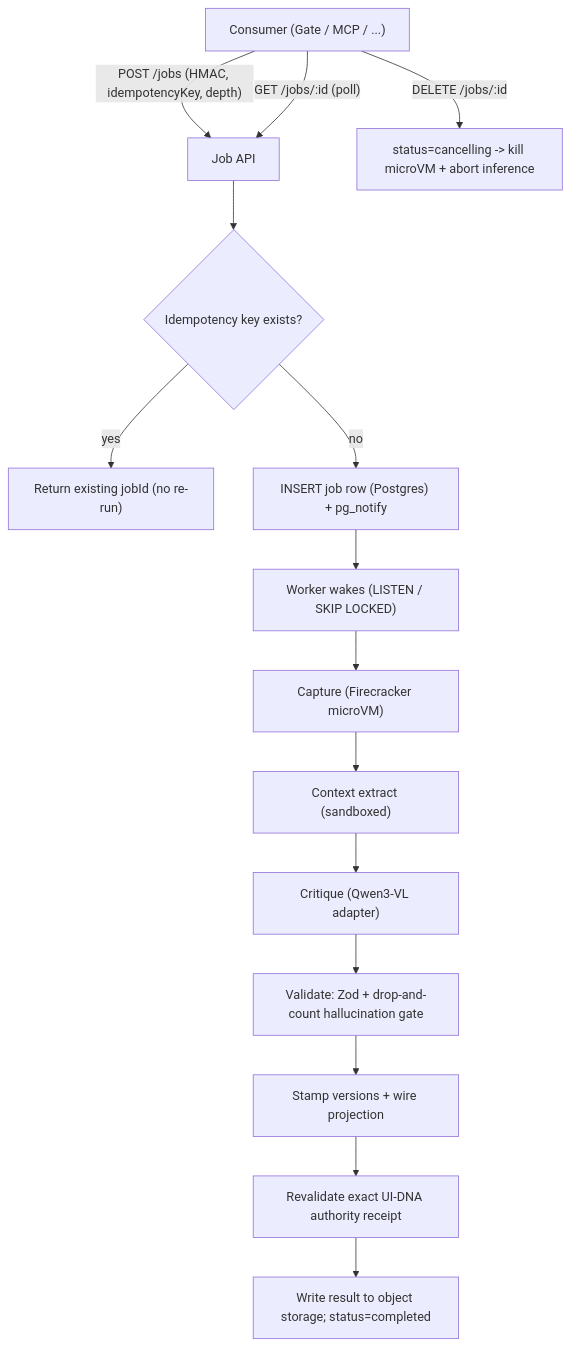
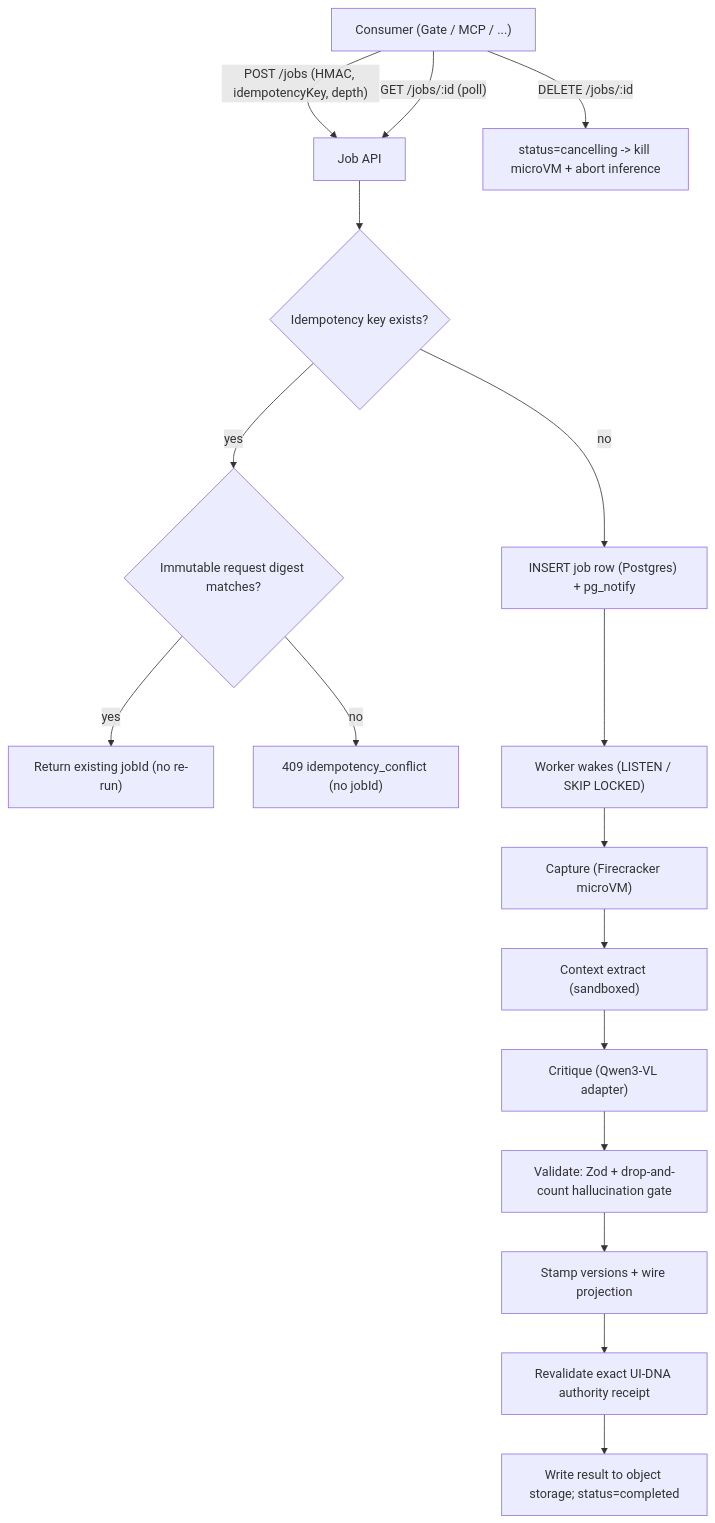
Before and after one commit to apatureai/judgment-engine: the first of 4 diagrams in ARCHITECTURE.md, drawn with Mermaid. The commit also changed other lines of this file and 12 other files, not shown here.

````diff
--- a/ARCHITECTURE.md
+++ b/ARCHITECTURE.md
@@ -19,17 +19,19 @@
 ```mermaid
 flowchart TD
   A["Consumer (Gate / MCP / ...)"] -->|"POST /jobs (HMAC, idempotencyKey, depth)"| B["Job API"]
   B --> C{"Idempotency key exists?"}
-  C -- "yes" --> C2["Return existing jobId (no re-run)"]
+  C -- "yes" --> C1{"Immutable request digest matches?"}
+  C1 -- "yes" --> C2["Return existing jobId (no re-run)"]
+  C1 -- "no" --> C3["409 idempotency_conflict (no jobId)"]
   C -- "no" --> D["INSERT job row (Postgres) + pg_notify"]
   D --> E["Worker wakes (LISTEN / SKIP LOCKED)"]
   E --> F["Capture (Firecracker microVM)"]
   F --> G["Context extract (sandboxed)"]
   G --> H["Critique (Qwen3-VL adapter)"]
   H --> I["Validate: Zod + drop-and-count hallucination gate"]
   I --> J["Stamp versions + wire projection"]
   J --> L["Revalidate exact UI-DNA authority receipt"]
   L --> M["Write result to object storage; status=completed"]
   A -->|"GET /jobs/:id (poll)"| B
   A -->|"DELETE /jobs/:id"| K["status=cancelling -> kill microVM + abort inference"]
 ```
````
